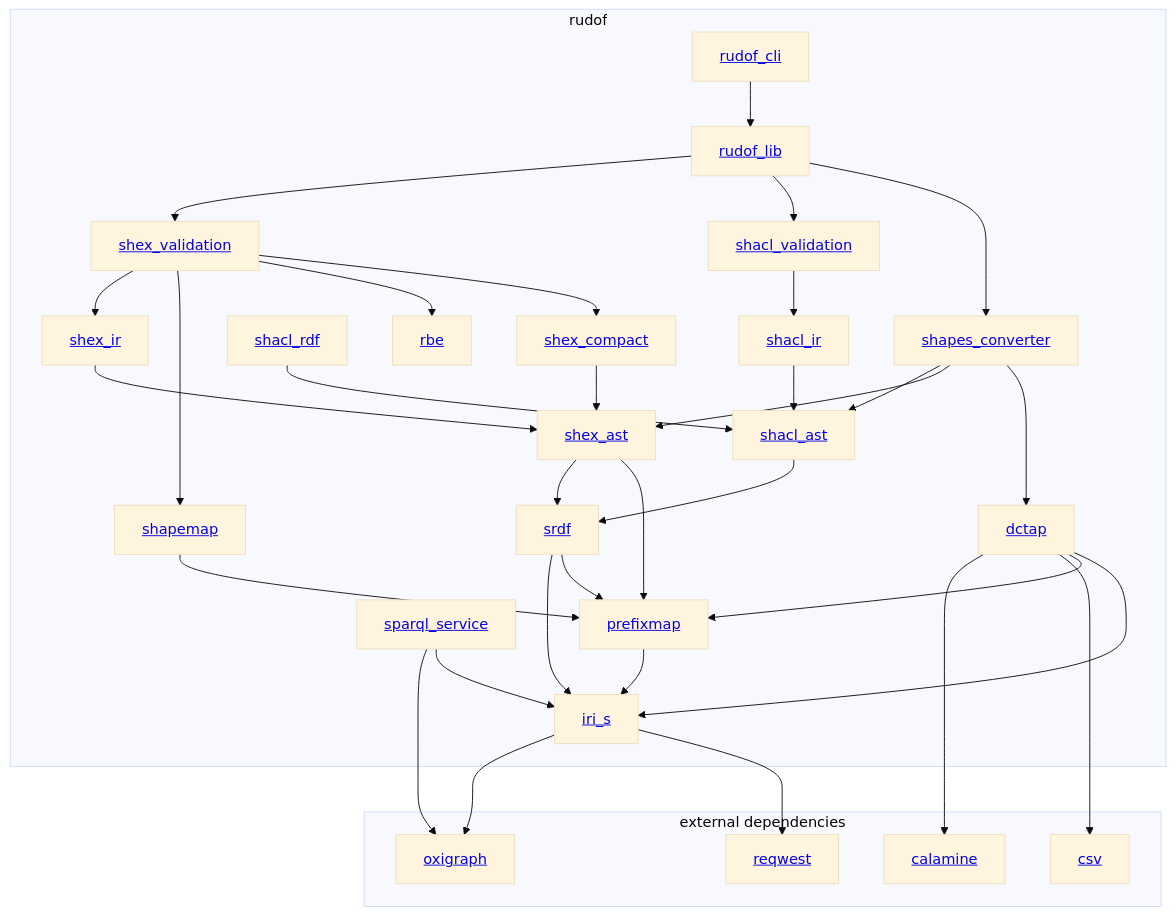
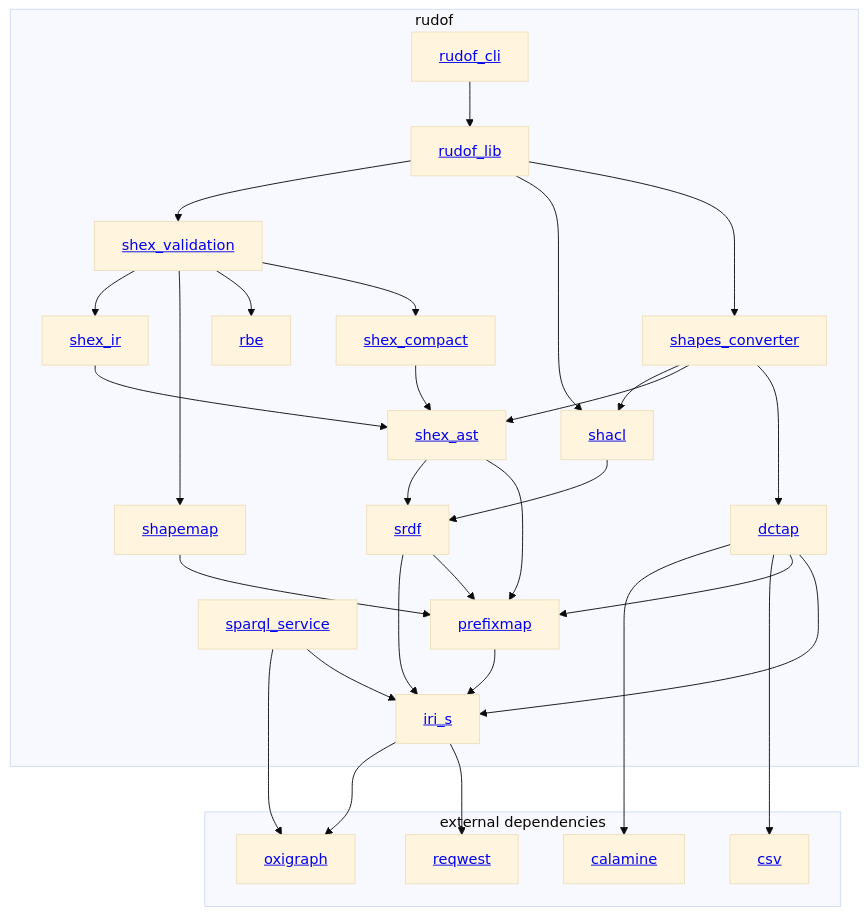
Before and after one commit to rudof-project/rudof: the diagram in docs/src/internals/architecture.md, drawn with Mermaid (base theme). The commit also changed 7 other files, not shown here.

Commit message:
docs(web): removed references to old shacl crates

````diff
--- a/docs/src/internals/architecture.md
+++ b/docs/src/internals/architecture.md
@@ -5,61 +5,55 @@
 ```mermaid
 graph TD;
  iri_s --> oxigraph;
  iri_s --> reqwest ;
  dctap --> calamine ;
  dctap --> csv ;
  sparql_service --> oxigraph ;
 subgraph rudof
     rudof_lib[<a href='https://crates.io/crates/rudof_lib'>rudof_lib</a>];
     rudof_cli[<a href='https://crates.io/crates/rudof_cli'>rudof_cli</a>];
     shex_ast[<a href='https://crates.io/crates/shex_ast'>shex_ast</a>];
     srdf[<a href='https://crates.io/crates/srdf'>srdf</a>];
     shex_compact[<a href='https://crates.io/crates/shex_compact'>shex_compact</a>];
     shex_ir[<a href='https://crates.io/crates/shex_ir'>shex_ir</a>];
     shex_validation[<a href='https://crates.io/crates/shex_validation'>shex_validation</a>];
-    shacl_validation[<a href='https://crates.io/crates/shacl_validation'>shacl_validation</a>];
-    shacl_ast[<a href='https://crates.io/crates/shacl_ast'>shacl_ast</a>];
-    shacl_rdf[<a href='https://crates.io/crates/shacl_rdf'>shacl_rdf</a>];
-    shacl_ir[<a href='https://crates.io/crates/shacl_ir'>shacl_ir</a>];
+    shacl[<a href='https://crates.io/crates/shacl'>shacl</a>];
     iri_s[<a href='https://crates.io/crates/iri_s'>iri_s</a>];
     prefixmap[<a href='https://crates.io/crates/prefixmap'>prefixmap</a>];
     shapemap[<a href='https://crates.io/crates/shapemap'>shapemap</a>];
     rbe[<a href='https://crates.io/crates/rbe'>rbe</a>];
     shapes_converter[<a href='https://crates.io/crates/shapes_converter'>shapes_converter</a>];
  dctap[<a href='https://crates.io/crates/dctap'>dctap</a>];
  sparql_service[<a href='https://crates.io/crates/sparql_service'>sparql_service</a>];
 
  rudof_cli --> rudof_lib ;
  shex_ast --> srdf ;
  shex_compact-->shex_ast;
  shex_ir-->shex_ast;
  shex_validation-->shex_ir;
  srdf-->iri_s;
- shacl_ast-->srdf;
- shacl_rdf-->shacl_ast;
- shacl_ir-->shacl_ast;
- shacl_validation-->shacl_ir;
+ shacl-->srdf;
  shex_validation-->shapemap;
  shapemap-->prefixmap;
  shex_ast-->prefixmap;
  srdf-->prefixmap;
  shex_validation-->rbe;
  dctap-->prefixmap;
  dctap --> iri_s;
- shapes_converter-->shacl_ast;
+ shapes_converter-->shacl;
  shapes_converter-->shex_ast;
  shapes_converter-->dctap;
  prefixmap --> iri_s ;
  shex_validation --> shex_compact
  sparql_service --> iri_s ;
  rudof_lib --> shex_validation ;
- rudof_lib --> shacl_validation ;
+ rudof_lib --> shacl ;
  rudof_lib --> shapes_converter ;
 end
 subgraph external dependencies
  oxigraph[<a href='https://crates.io/crates/oxigraph'>oxigraph</a>] ;
  calamine[<a href='https://docs.rs/calamine/latest/calamine/'>calamine</a>] ;
  reqwest[<a href='https://docs.rs/reqwest/latest/reqwest/'>reqwest</a>] ;
  csv[<a href='https://docs.rs/csv/latest/csv/'>csv</a>]
 end
 ```
````
